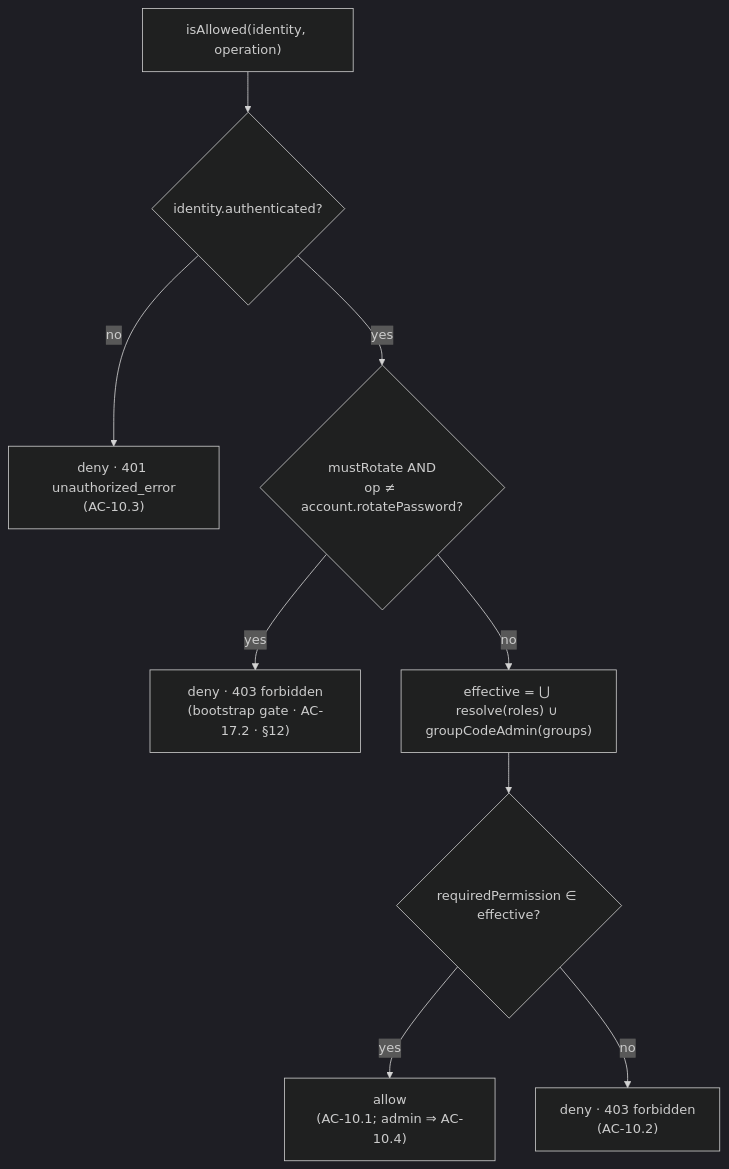
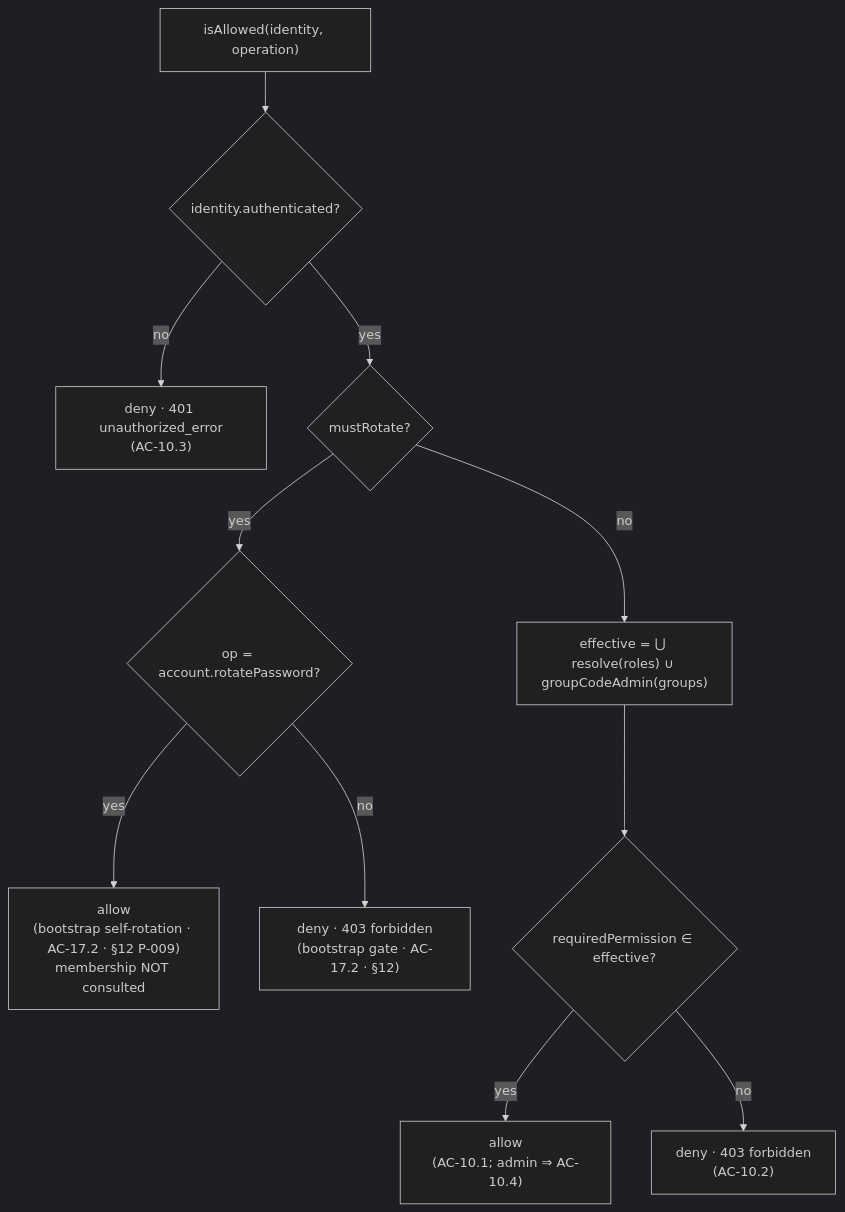
The diagram in .kiro/specs/auth-user-management/design/05-rbac-authorization.md (mgcoder9x/fuxa-scada), drawn with Mermaid (dark theme) before and after one commit. The commit also changed other lines of this file and 29 other files, not shown here.

````diff
--- a/.kiro/specs/auth-user-management/design/05-rbac-authorization.md
+++ b/.kiro/specs/auth-user-management/design/05-rbac-authorization.md
@@ -613,11 +632,13 @@
 ```mermaid
 flowchart TD
     A["isAllowed(identity, operation)"] --> B{identity.authenticated?}
     B -- no --> R401["deny · 401 unauthorized_error<br/>(AC-10.3)"]
-    B -- yes --> C{mustRotate AND<br/>op ≠ account.rotatePassword?}
-    C -- yes --> R403g["deny · 403 forbidden<br/>(bootstrap gate · AC-17.2 · §12)"]
+    B -- yes --> C{mustRotate?}
+    C -- yes --> C2{op = account.rotatePassword?}
+    C2 -- yes --> ALLOWg["allow<br/>(bootstrap self-rotation · AC-17.2 · §12 P-009)<br/>membership NOT consulted"]
+    C2 -- no --> R403g["deny · 403 forbidden<br/>(bootstrap gate · AC-17.2 · §12)"]
     C -- no --> D["effective = ⋃ resolve(roles) ∪ groupCodeAdmin(groups)"]
     D --> E{requiredPermission ∈ effective?}
     E -- yes --> ALLOW["allow<br/>(AC-10.1; admin ⇒ AC-10.4)"]
     E -- no --> R403["deny · 403 forbidden<br/>(AC-10.2)"]
 ```
````
